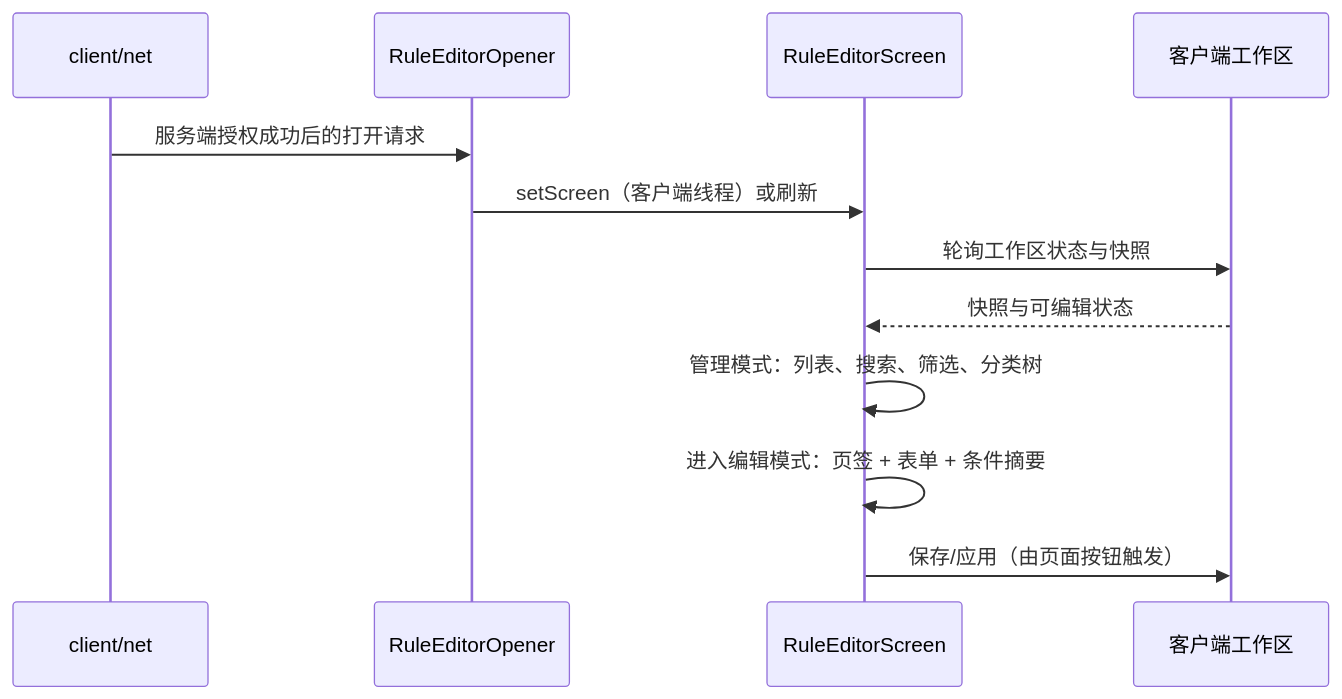
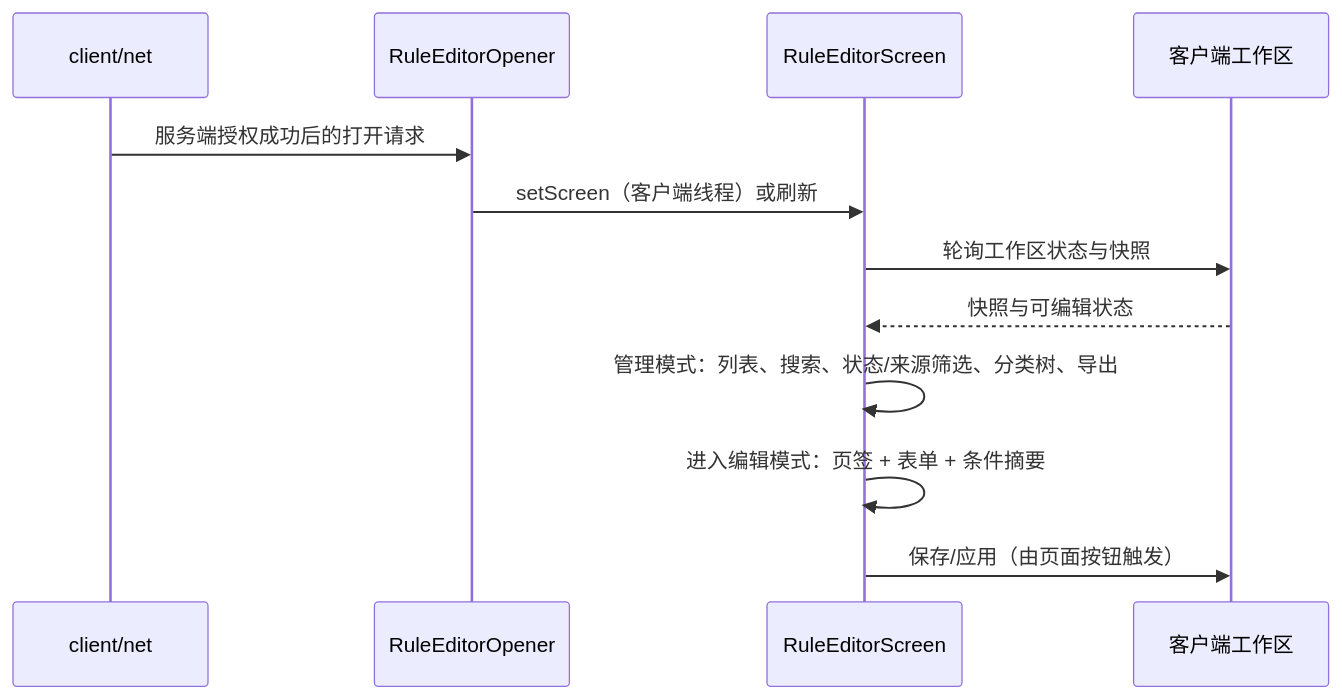
One commit to meteoritel/item-despawn-to-what changed the second of 3 diagrams in docs/modules/client-ui.md. Above: the diagram before and after it, drawn with Mermaid. The commit also changed other lines of this file and 12 other files, not shown here.

````diff
--- a/docs/modules/client-ui.md
+++ b/docs/modules/client-ui.md
@@ -125,14 +126,14 @@
 ```mermaid
 sequenceDiagram
     participant NET as client/net
     participant OP as RuleEditorOpener
     participant SCR as RuleEditorScreen
     participant WS as 客户端工作区
     NET->>OP: 服务端授权成功后的打开请求
     OP->>SCR: setScreen（客户端线程）或刷新
     SCR->>WS: 轮询工作区状态与快照
     WS-->>SCR: 快照与可编辑状态
-    SCR->>SCR: 管理模式：列表、搜索、筛选、分类树
+    SCR->>SCR: 管理模式：列表、搜索、状态/来源筛选、分类树、导出
     SCR->>SCR: 进入编辑模式：页签 + 表单 + 条件摘要
     SCR->>WS: 保存/应用（由页面按钮触发）
 ```
````
